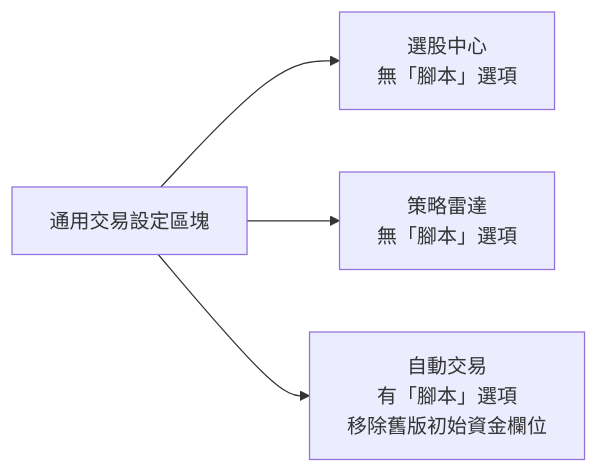
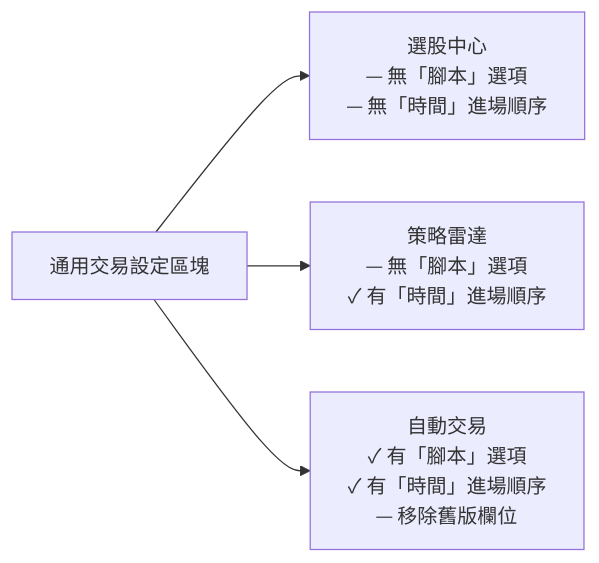
Before and after one commit to robertchen-113001/XQ-BackTesting: the diagram in docs/prd/04-回測設定.md, drawn with Mermaid. The commit also changed other lines of this file and 83 other files, not shown here.

````diff
--- a/docs/prd/04-回測設定.md
+++ b/docs/prd/04-回測設定.md
@@ -131,7 +145,7 @@
 ```mermaid
 graph LR
     共用[通用交易設定區塊]
-    共用 --> 選股[選股中心<br>無「腳本」選項]
-    共用 --> 雷達[策略雷達<br>無「腳本」選項]
-    共用 --> AT[自動交易<br>有「腳本」選項<br>移除舊版初始資金欄位]
+    共用 --> 選股[選股中心<br>─ 無「腳本」選項<br>─ 無「時間」進場順序]
+    共用 --> 雷達[策略雷達<br>─ 無「腳本」選項<br>✓ 有「時間」進場順序]
+    共用 --> AT[自動交易<br>✓ 有「腳本」選項<br>✓ 有「時間」進場順序<br>─ 移除舊版欄位]
 ```
````
